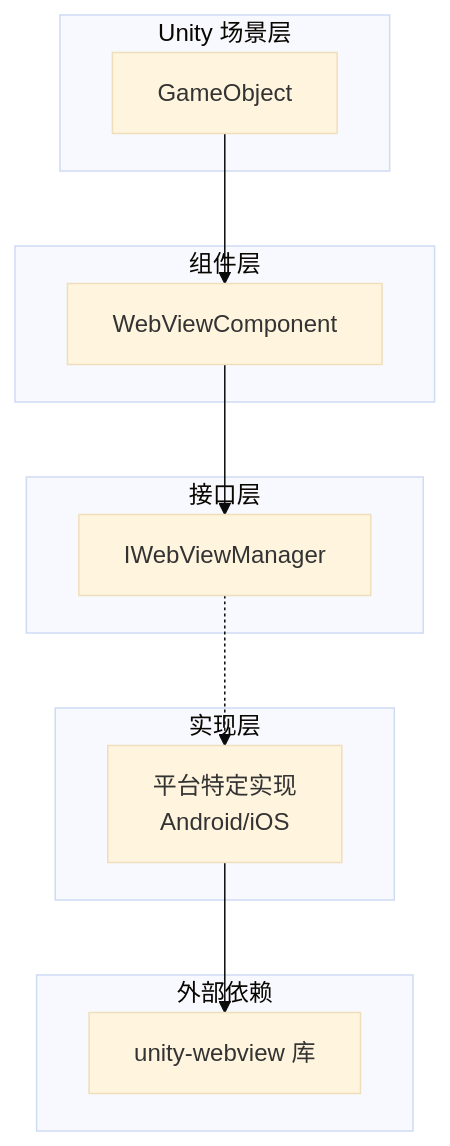
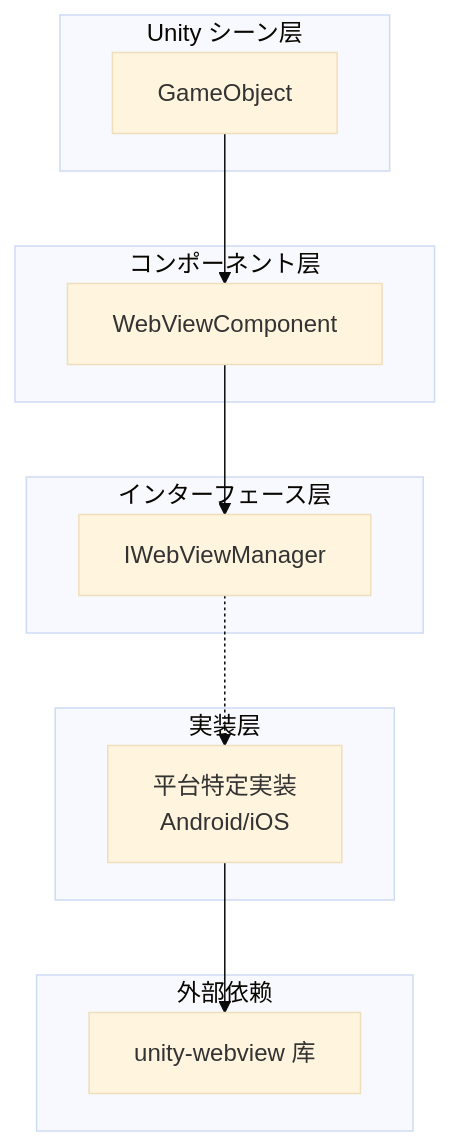
Before and after one commit to AlianBlank/GameFrameX.Docs: the first of 2 diagrams in docs/ja/client/unity/component/webview/03.getting-started.md, drawn with Mermaid (base theme). The commit also changed other lines of this file and 603 other files, not shown here.

````diff
--- a/docs/ja/client/unity/component/webview/03.getting-started.md
+++ b/docs/ja/client/unity/component/webview/03.getting-started.md
@@ -13,27 +13,27 @@
 ```mermaid
 flowchart TD
-    subgraph Unity["Unity 场景层"]
+    subgraph Unity["Unity シーン层"]
         GameObject[GameObject]
     end
 
-    subgraph Component["组件层"]
+    subgraph Component["コンポーネント层"]
         WebVC[WebViewComponent]
     end
 
-    subgraph Interface["接口层"]
+    subgraph Interface["インターフェース层"]
         IWebView[IWebViewManager]
     end
 
-    subgraph Implementation["实现层"]
-        Impl[平台特定实现<br/>Android/iOS]
+    subgraph Implementation["実装层"]
+        Impl[平台特定実装<br/>Android/iOS]
     end
 
     subgraph External["外部依赖"]
         WebViewLib[unity-webview 库]
     end
 
     GameObject --> WebVC
     WebVC --> IWebView
     IWebView -.-> Impl
     Impl --> WebViewLib
 ```
````
